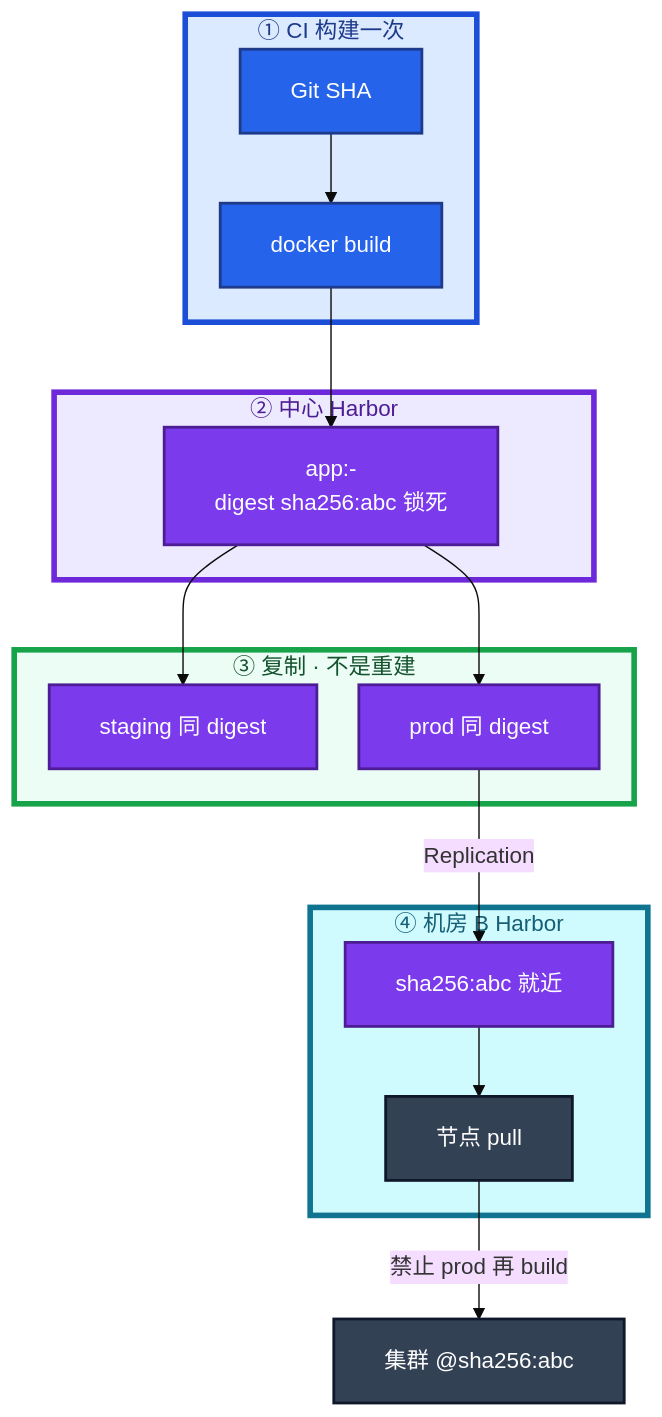
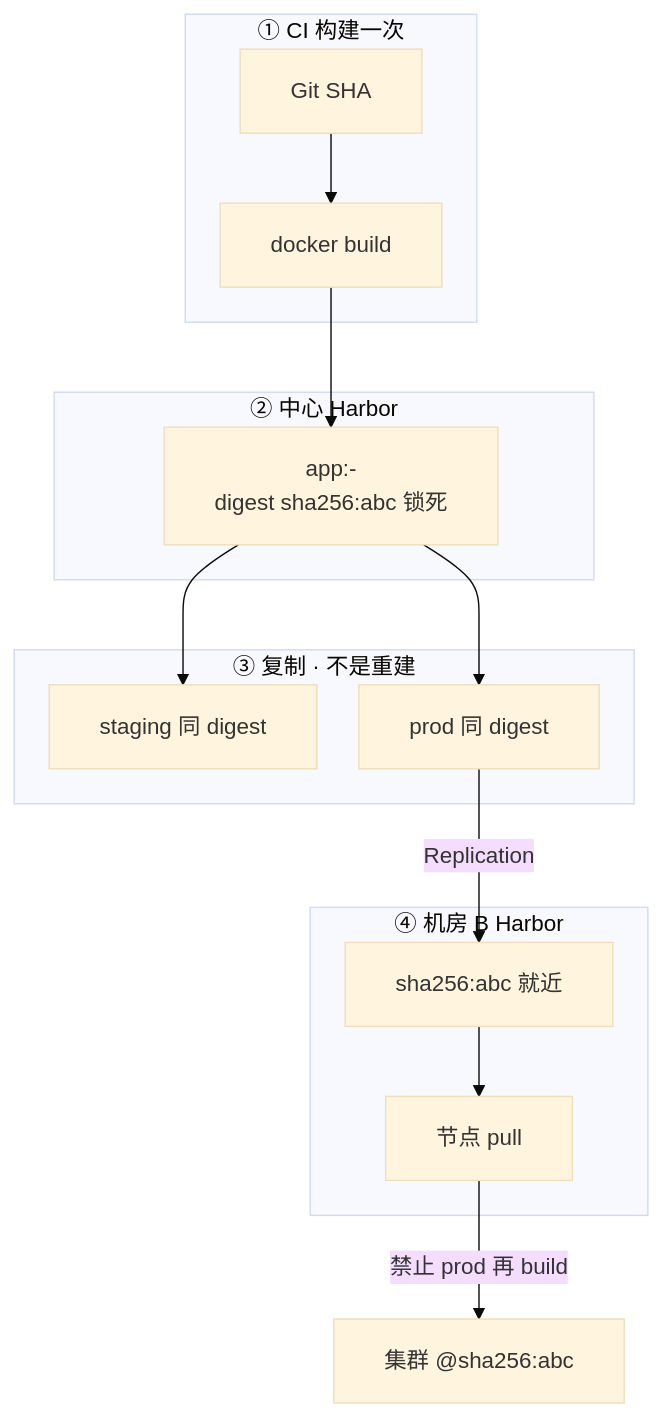
Before and after one commit to ml-cuizijun/LearnToLilith: the second of 6 diagrams in 04-工程化与自动化/03-制品与镜像/知识点.md, drawn with Mermaid. The commit also changed other lines of this file and 470 other files, not shown here.

````diff
--- a/04-工程化与自动化/03-制品与镜像/知识点.md
+++ b/04-工程化与自动化/03-制品与镜像/知识点.md
@@ -74,42 +74,35 @@
 ```mermaid
 %%{init: {"flowchart": {"padding": 18, "nodeSpacing": 30, "rankSpacing": 50}, "theme": "base"}}%%
 flowchart TB
     subgraph ci ["① CI 构建一次"]
         sha[Git SHA]
         build[docker build]
         sha --> build
     end
 
     subgraph center ["② 中心 Harbor"]
         img["app:<ver>-<sha><br/>digest sha256:abc 锁死"]
     end
 
     subgraph promo ["③ 复制 · 不是重建"]
         stg[staging 同 digest]
         prod[prod 同 digest]
         img --> stg
         img --> prod
     end
 
     subgraph edge ["④ 机房 B Harbor"]
         local["sha256:abc 就近"]
         nodes[节点 pull]
         local --> nodes
     end
 
     build --> img
     prod -->|"Replication"| local
     nodes -->|"禁止 prod 再 build"| run[集群 @sha256:abc]
 
-    classDef ciC fill:#2563EB,stroke:#1E3A8A,stroke-width:2px,color:#fff
-    classDef hb fill:#7C3AED,stroke:#4C1D95,stroke-width:2px,color:#fff
-    classDef node fill:#334155,stroke:#0F172A,stroke-width:2px,color:#fff
     class sha,build ciC
     class img,stg,prod,local hb
     class nodes,run node
 
-    style ci fill:#DBEAFE,stroke:#1D4ED8,stroke-width:4px,color:#1E3A8A
-    style center fill:#EDE9FE,stroke:#6D28D9,stroke-width:4px,color:#4C1D95
-    style promo fill:#ECFDF5,stroke:#16A34A,stroke-width:4px,color:#14532D
-    style edge fill:#CFFAFE,stroke:#0E7490,stroke-width:4px,color:#155E75
 ```
````
